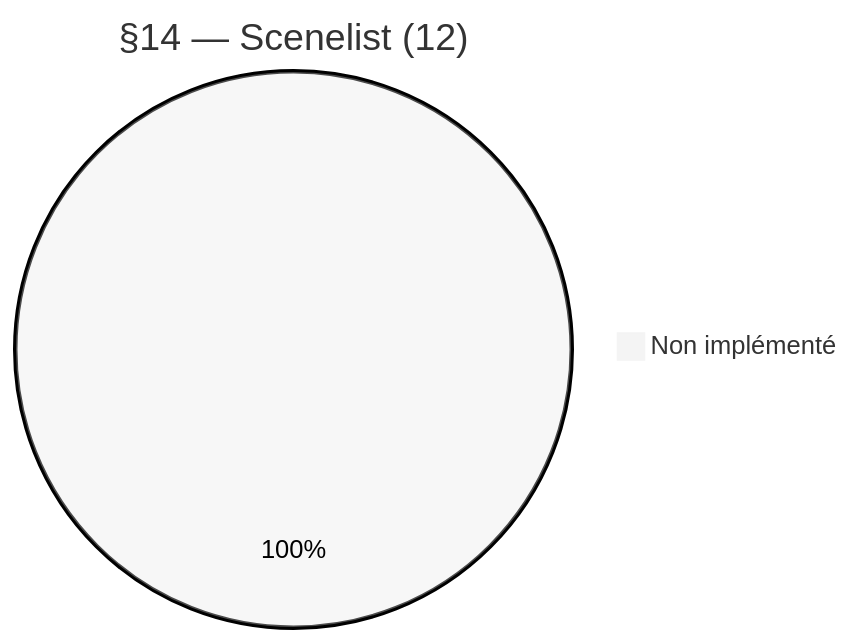
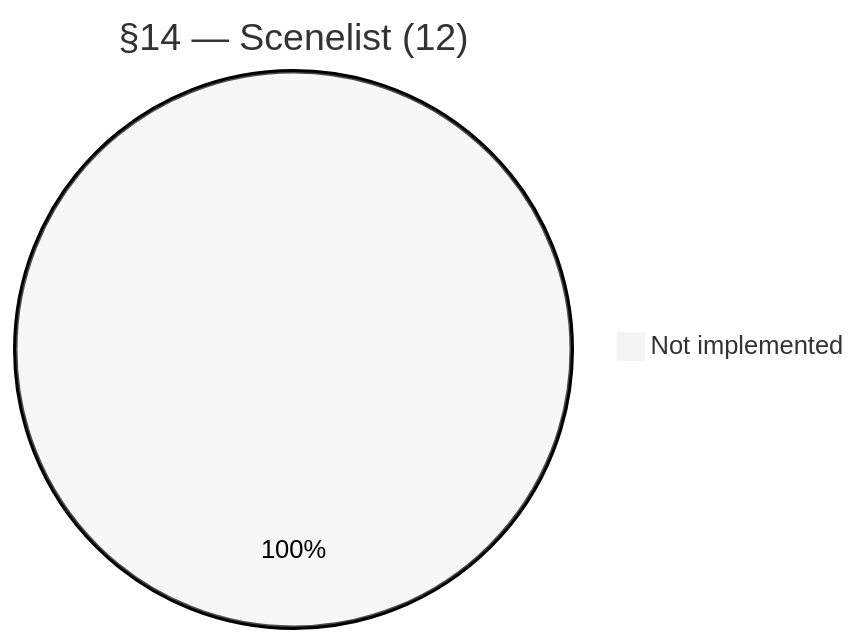
Before and after one commit to xplorer2716/XS56K: diagram 12 of 14 in process/3.plan/SUMMARY-akm-sections-coverage.md, drawn with Mermaid (neutral theme). The commit also changed other lines of this file, not shown here.

````diff
--- a/process/3.plan/SUMMARY-akm-sections-coverage.md
+++ b/process/3.plan/SUMMARY-akm-sections-coverage.md
@@ -95,4 +95,4 @@
 ```mermaid
 pie title §14 — Scenelist (12)
-    "Non implémenté" : 12
+    "Not implemented" : 12
 ```
````
